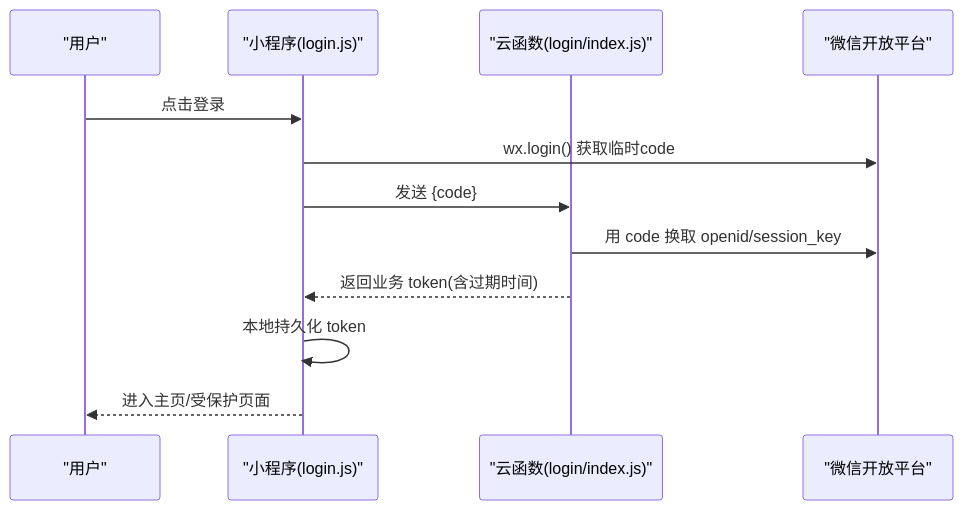
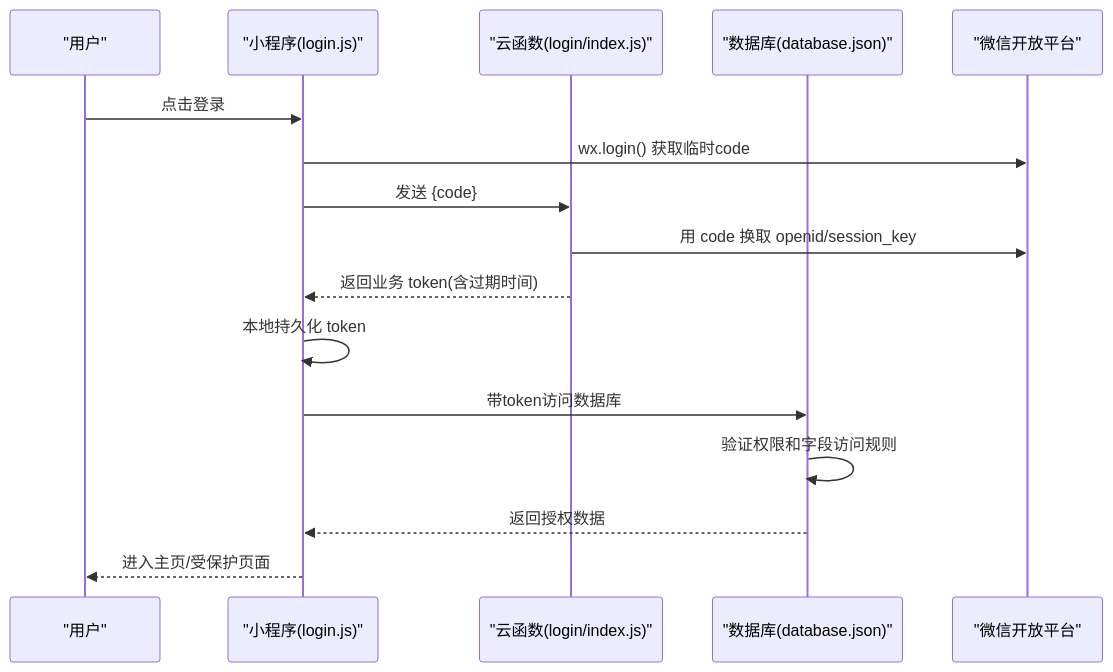
One commit to cwb7756/bio changed the second of 5 diagrams in .qoder/repowiki/zh/content/架构设计/后端架构设计/安全认证机制.md. Above: the diagram before and after it, drawn with Mermaid. The commit also changed other lines of this file and 45 other files, not shown here.

````diff
--- a/.qoder/repowiki/zh/content/架构设计/后端架构设计/安全认证机制.md
+++ b/.qoder/repowiki/zh/content/架构设计/后端架构设计/安全认证机制.md
@@ -78,14 +95,18 @@
 ```mermaid
 sequenceDiagram
 participant U as "用户"
 participant MP as "小程序(login.js)"
 participant CF as "云函数(login/index.js)"
+participant DB as "数据库(database.json)"
 participant WX as "微信开放平台"
 U->>MP : 点击登录
 MP->>WX : wx.login() 获取临时code
 MP->>CF : 发送 {code}
 CF->>WX : 用 code 换取 openid/session_key
 CF-->>MP : 返回业务 token(含过期时间)
 MP->>MP : 本地持久化 token
+MP->>DB : 带token访问数据库
+DB->>DB : 验证权限和字段访问规则
+DB-->>MP : 返回授权数据
 MP-->>U : 进入主页/受保护页面
 ```
````
